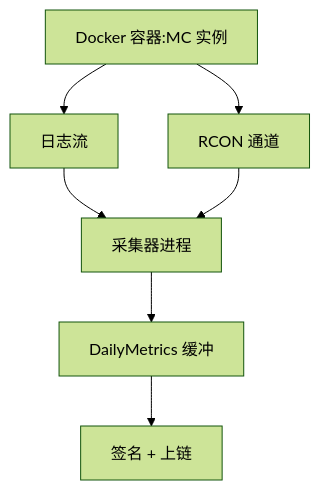
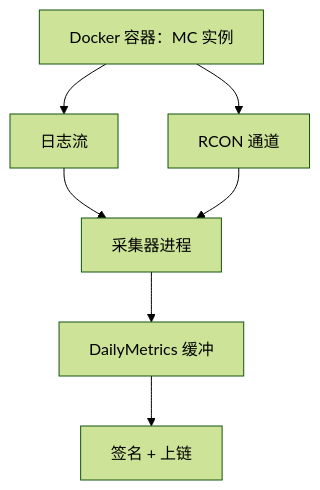
The fifth of 5 diagrams in pages/components/server/lifecycle.md (JLUCraft/docs), drawn with Mermaid (forest theme) before and after one commit. The commit also changed other lines of this file and 23 other files, not shown here.

````diff
--- a/pages/components/server/lifecycle.md
+++ b/pages/components/server/lifecycle.md
@@ -122,16 +122,16 @@
 ```mermaid
 flowchart TB
-  C[Docker 容器:MC 实例]
+  C[Docker 容器：MC 实例]
   L[日志流]
   R[RCON 通道]
   P[采集器进程]
   Day[DailyMetrics 缓冲]
   Sub[签名 + 上链]
 
   C --> L
   C --> R
   L --> P
   R --> P
   P --> Day
   Day --> Sub
 ```
````
